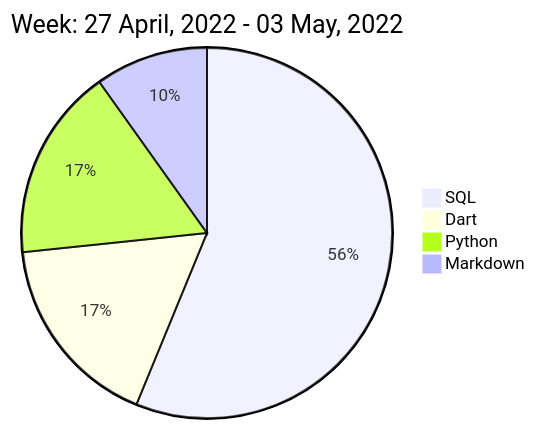
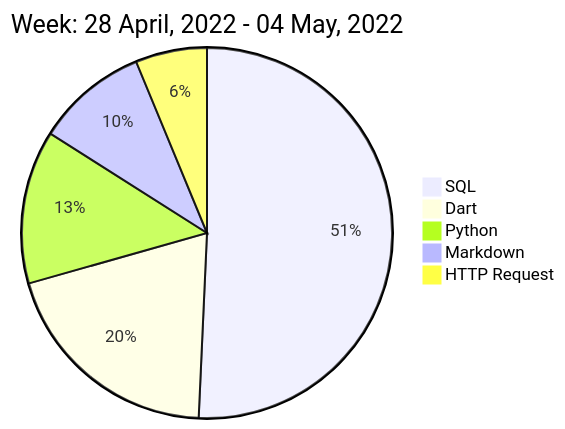
Before and after one commit to liubin95/liubin95: the diagram in README.md, drawn with Mermaid.

Commit message:
Updated the Graph with new Metrics

````diff
--- a/README.md
+++ b/README.md
@@ -40,8 +40,9 @@
 ```mermaid
  pie
-title Week: 27 April, 2022 - 03 May, 2022
- "SQL" : 5.02
+title Week: 28 April, 2022 - 04 May, 2022
+ "SQL" : 3.9
  "Dart" : 1.53
- "Python" : 1.5
- "Markdown" : 0.88
+ "Python" : 1.03
+ "Markdown" : 0.75
+ "HTTP Request" : 0.48
 ```
````
